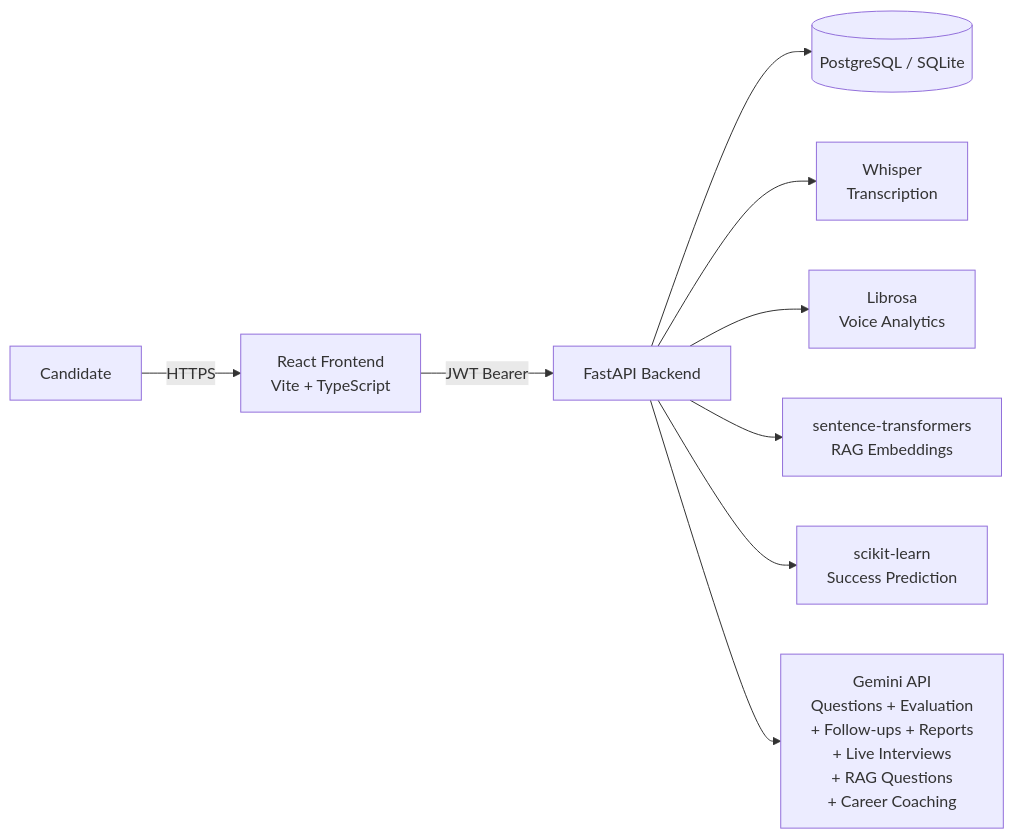
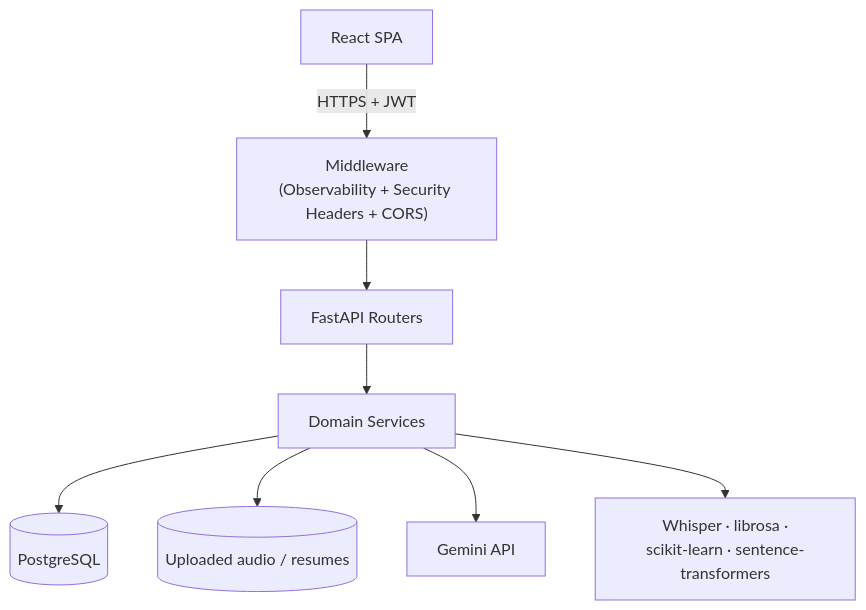
One commit to KeerthanaPothula/ai-interview-intelligence-platform changed the first of 2 diagrams in README.md. Above: the diagram before and after it, drawn with Mermaid. The commit also changed other lines of this file and 19 other files, not shown here.

````diff
--- a/README.md
+++ b/README.md
@@ -134,11 +126,10 @@
 ```mermaid
-flowchart LR
-    User[Candidate] -->|HTTPS| FE[React Frontend\nVite + TypeScript]
-    FE -->|JWT Bearer| API[FastAPI Backend]
-    API --> DB[(PostgreSQL / SQLite)]
-    API --> Whisper[Whisper\nTranscription]
-    API --> Librosa[Librosa\nVoice Analytics]
-    API --> STrans[sentence-transformers\nRAG Embeddings]
-    API --> SKLearn[scikit-learn\nSuccess Prediction]
-    API --> Gemini[Gemini API\nQuestions + Evaluation\n+ Follow-ups + Reports\n+ Live Interviews\n+ RAG Questions\n+ Career Coaching]
+flowchart TB
+    SPA["React SPA"] -->|"HTTPS + JWT"| MW["Middleware\n(Observability + Security Headers + CORS)"]
+    MW --> Routers["FastAPI Routers"]
+    Routers --> Services["Domain Services"]
+    Services --> DB[("PostgreSQL")]
+    Services --> FS[("Uploaded audio / resumes")]
+    Services --> Gemini["Gemini API"]
+    Services --> Local["Whisper · librosa ·\nscikit-learn · sentence-transformers"]
 ```
````
